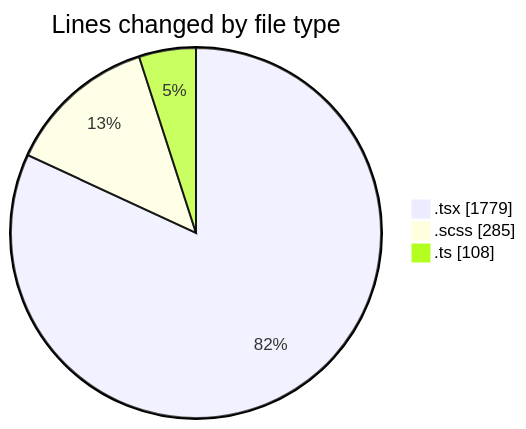
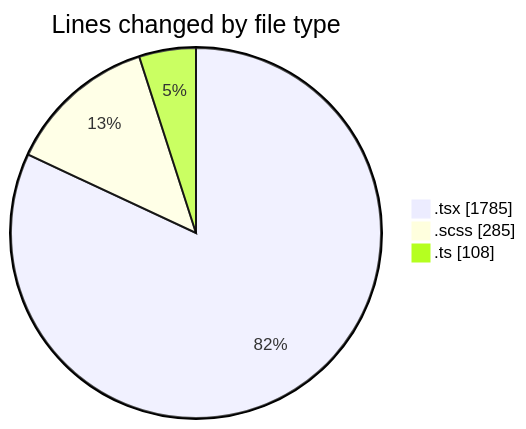
Before and after one commit to momahboobian/code-tracking: the first of 2 diagrams in 2026-02-25/cda/README.md, drawn with Mermaid. The commit also changed other lines of this file and 1 other file, not shown here.

````diff
--- a/2026-02-25/cda/README.md
+++ b/2026-02-25/cda/README.md
@@ -23,7 +23,7 @@
 ```mermaid
 pie showData
 title Lines changed by file type
-".tsx" : 1779
+".tsx" : 1785
 ".scss" : 285
 ".ts" : 108
 ```
````
